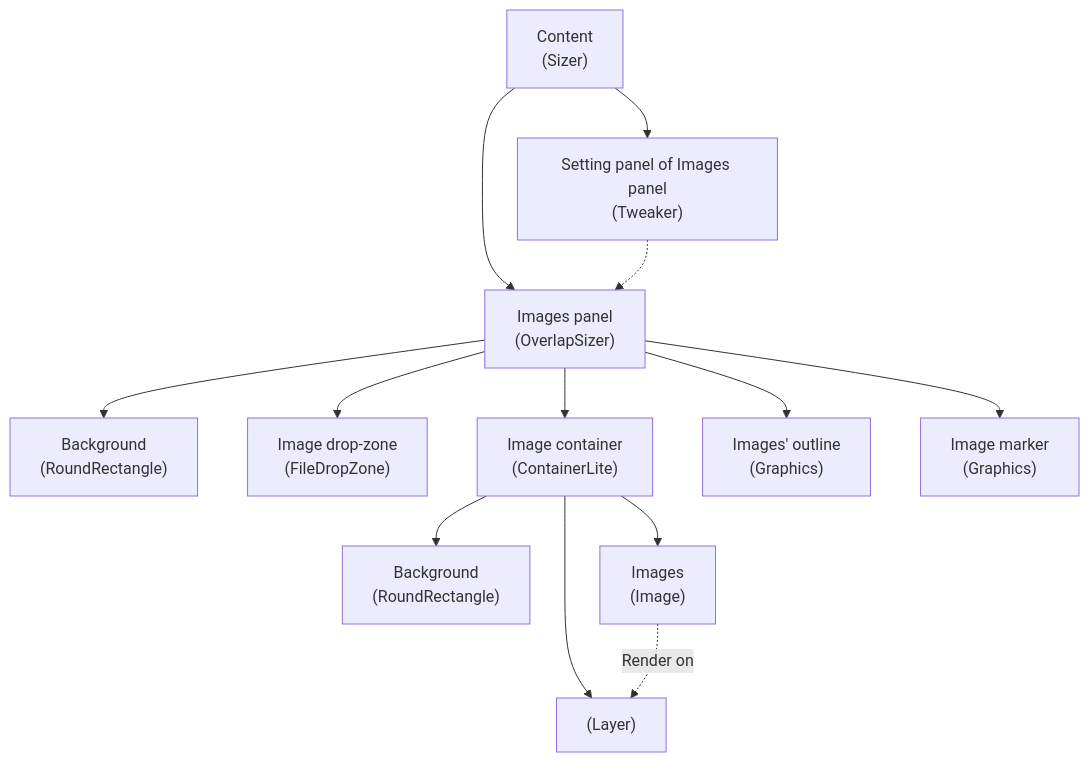
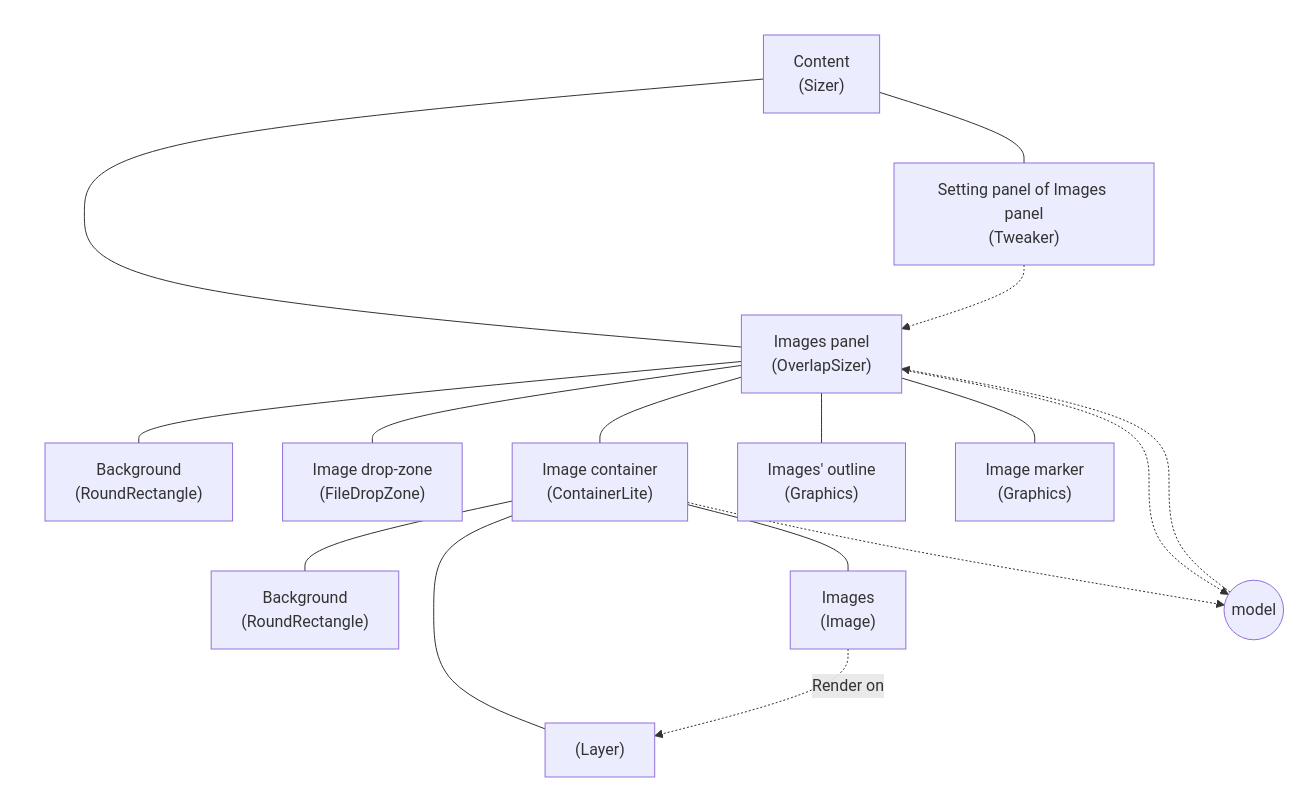
Before and after one commit to rexrainbow/phaser3-rex-playground: the fourth of 4 diagrams in projects/atlas-packer/readme.md, drawn with Mermaid. The commit also changed other lines of this file, not shown here.

Commit message:
Try to add model in diagram

````diff
--- a/projects/atlas-packer/readme.md
+++ b/projects/atlas-packer/readme.md
@@ -50,19 +82,31 @@
 ```mermaid
 graph TD
 
-ContentPanel["Content<br>(Sizer)"]
-ContentPanel --> ImagesPanel["Images panel<br>(OverlapSizer)"]
-ImagesPanel --> ImagesPanelBackground["Background<br>(RoundRectangle)"]
-ImagesPanel --> ImageDropZone["Image drop-zone<br>(FileDropZone)"]
-ImagesPanel --> ImageContainer["Image container<br>(ContainerLite)"]
-ImagesPanel --> ImagesOutline["Images' outline<br>(Graphics)"]
-ImagesPanel --> ImageMarker["Image marker<br>(Graphics)"]
+subgraph ui
+  ContentPanel["Content<br>(Sizer)"]
+  ContentPanel --- ImagesPanel["Images panel<br>(OverlapSizer)"]
+  ImagesPanel --- ImagesPanelBackground["Background<br>(RoundRectangle)"]
+  ImagesPanel --- ImageDropZone["Image drop-zone<br>(FileDropZone)"]
+  ImagesPanel --- ImageContainer["Image container<br>(ContainerLite)"]
+  ImagesPanel --- ImagesOutline["Images' outline<br>(Graphics)"]
+  ImagesPanel --- ImageMarker["Image marker<br>(Graphics)"]
 
-ImageContainer --> ImageContainerBackground["Background<br>(RoundRectangle)"]
-ImageContainer --> Layer
-ImageContainer --> Images["Images<br>(Image)"]
-Images -.-> |Render on| Layer["(Layer)"]
+  ImageContainer --- ImageContainerBackground["Background<br>(RoundRectangle)"]
+  ImageContainer --- Layer
+  ImageContainer --- Images["Images<br>(Image)"]
+  Images -.-> |Render on| Layer["(Layer)"]
 
-ContentPanel --> ImagesPanelSettingPanel["Setting panel of Images panel<br>(Tweaker)"] 
-ImagesPanelSettingPanel -.-> ImagesPanel
+  ContentPanel --- ImagesPanelSettingPanel["Setting panel of Images panel<br>(Tweaker)"] 
+  ImagesPanelSettingPanel -.-> ImagesPanel
+end
+
+style ui color:transparent
+style ui fill:transparent
+style ui stroke:transparent
+
+
+model((model))
+ImagesPanel -.-> model
+model -.-> ImagesPanel
+ImageContainer -.-> model
 ```
````
